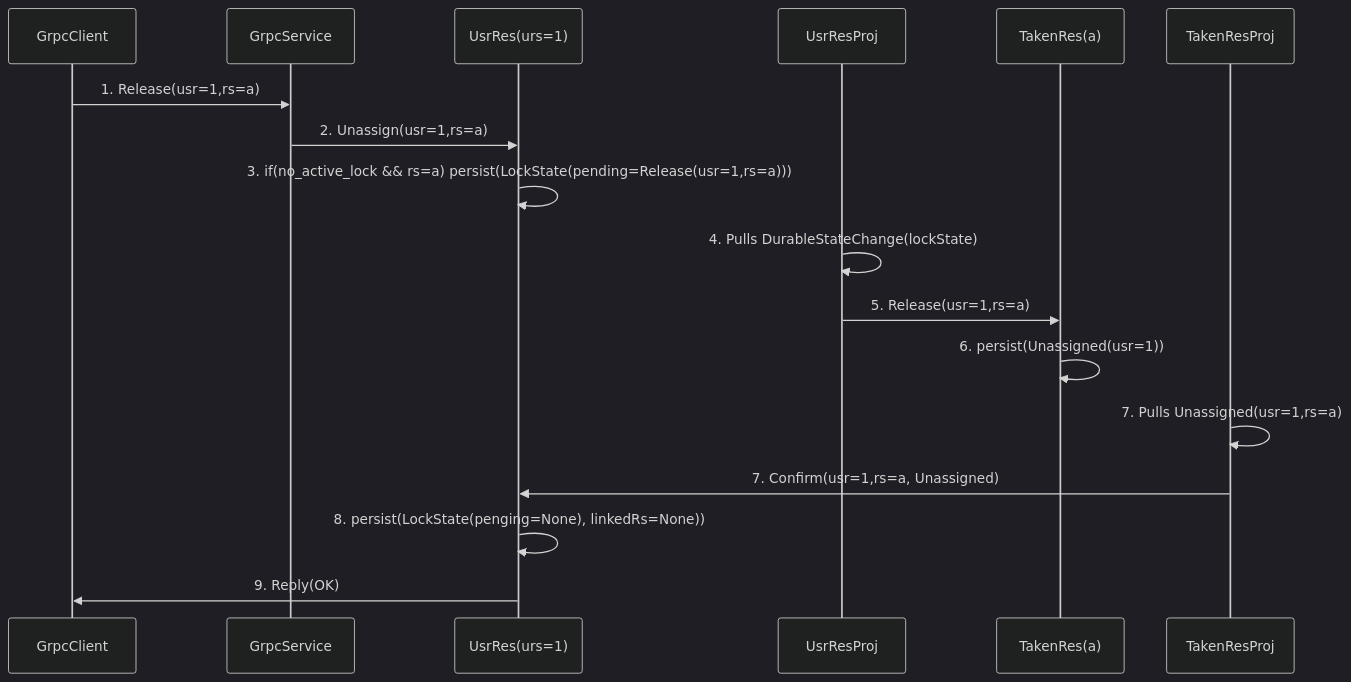
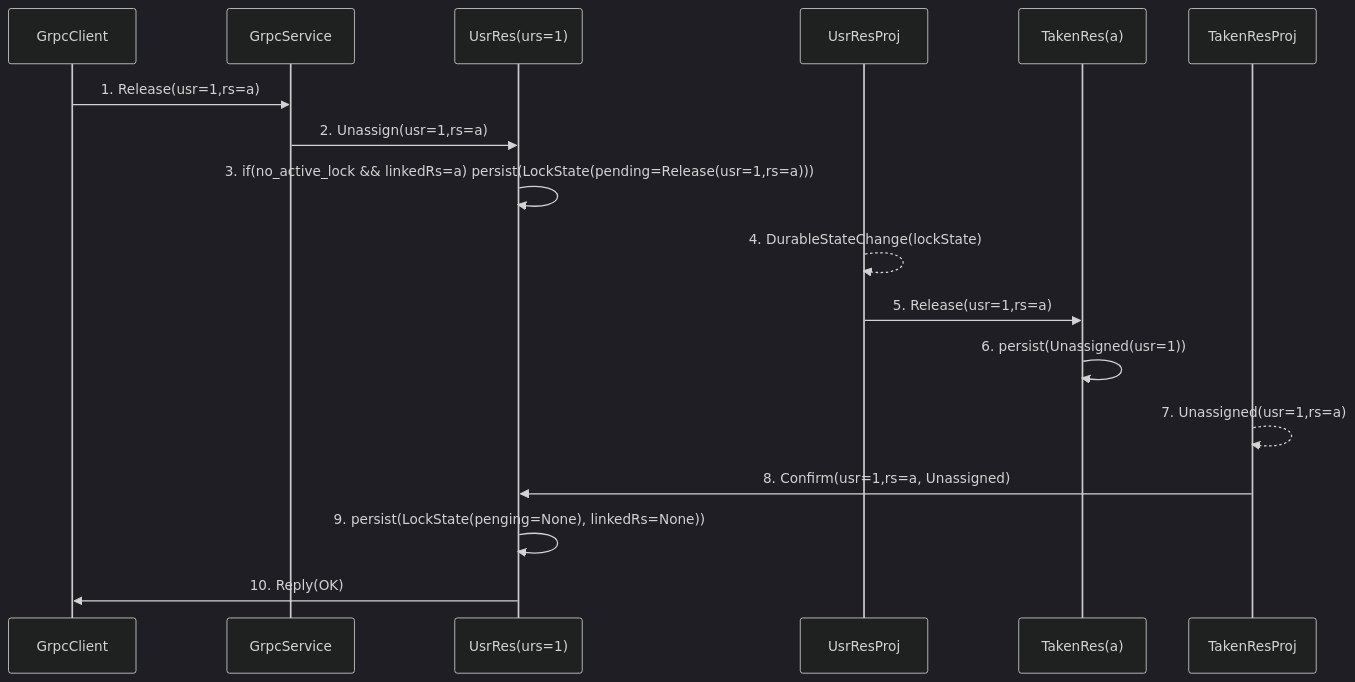
The second of 3 diagrams in diagrams2.md (haghard/unique-resource-management), drawn with Mermaid (dark theme) before and after one commit. The commit also changed other lines of this file and 1 other file, not shown here.

````diff
--- a/diagrams2.md
+++ b/diagrams2.md
@@ -42,31 +42,31 @@
 ```mermaid
 sequenceDiagram
     participant GrpcClient
     participant GrpcService
     participant UsrRes(urs=1)
     participant UsrResProj
     participant TakenRes(a)
     participant TakenResProj
 
     GrpcClient ->> GrpcService: 1. Release(usr=1,rs=a)
     
     GrpcService ->> UsrRes(urs=1): 2. Unassign(usr=1,rs=a)
     
-    UsrRes(urs=1) ->> UsrRes(urs=1): 3. if(no_active_lock && rs=a) persist(LockState(pending=Release(usr=1,rs=a))) 
+    UsrRes(urs=1) ->> UsrRes(urs=1): 3. if(no_active_lock && linkedRs=a) persist(LockState(pending=Release(usr=1,rs=a))) 
 
-    UsrResProj ->> UsrResProj: 4. Pulls DurableStateChange(lockState) 
+    UsrResProj -->> UsrResProj: 4. DurableStateChange(lockState) 
     
     UsrResProj ->> TakenRes(a): 5. Release(usr=1,rs=a) 
     
     TakenRes(a) ->> TakenRes(a): 6. persist(Unassigned(usr=1))
     
-    TakenResProj ->> TakenResProj: 7. Pulls Unassigned(usr=1,rs=a)
+    TakenResProj -->> TakenResProj: 7. Unassigned(usr=1,rs=a)
     
-    TakenResProj ->> UsrRes(urs=1): 7. Confirm(usr=1,rs=a, Unassigned)
+    TakenResProj ->> UsrRes(urs=1): 8. Confirm(usr=1,rs=a, Unassigned)
 
-    UsrRes(urs=1) ->> UsrRes(urs=1): 8. persist(LockState(penging=None), linkedRs=None))
+    UsrRes(urs=1) ->> UsrRes(urs=1): 9. persist(LockState(penging=None), linkedRs=None))
 
-    UsrRes(urs=1) ->> GrpcClient: 9. Reply(OK)
+    UsrRes(urs=1) ->> GrpcClient: 10. Reply(OK)
 
     
 ```
````
